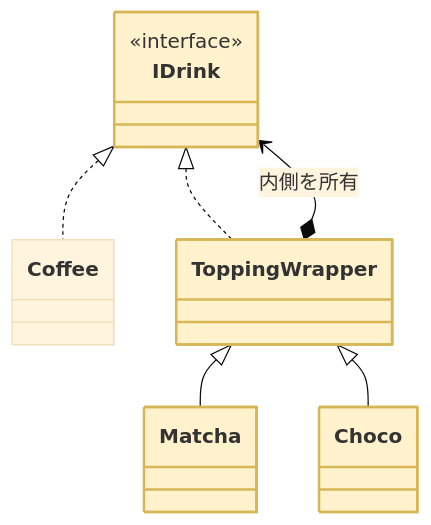
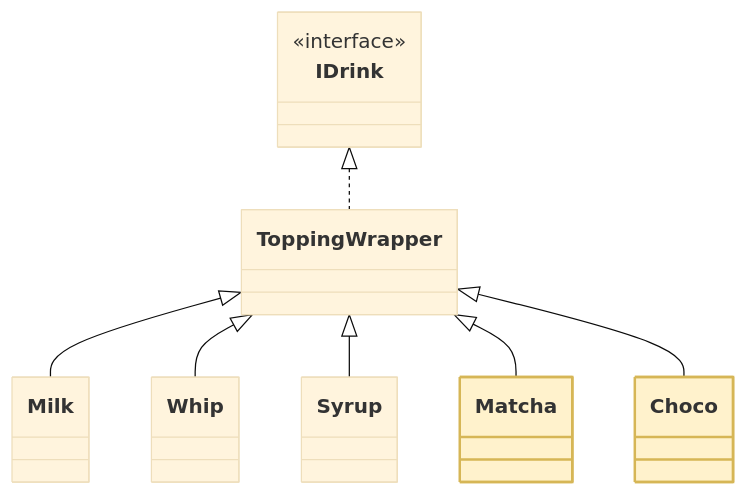
One commit to kumachan1101-pixel/DesignPattern changed diagram 11 of 18 in kindle/design-patterns/output/chapter06.md. Above: the diagram before and after it, drawn with Mermaid (base theme). The commit also changed other lines of this file and 3 other files, not shown here.

````diff
--- a/kindle/design-patterns/output/chapter06.md
+++ b/kindle/design-patterns/output/chapter06.md
@@ -1257,18 +1548,19 @@
 ```mermaid
 classDiagram
     class IDrink { <<interface>> }
-    class Coffee
     class ToppingWrapper
+    class Milk
+    class Whip
+    class Syrup
     class Matcha
     class Choco
-    IDrink <|.. Coffee
     IDrink <|.. ToppingWrapper
-    ToppingWrapper *--> IDrink : 内側を所有
+    ToppingWrapper <|-- Milk
+    ToppingWrapper <|-- Whip
+    ToppingWrapper <|-- Syrup
     ToppingWrapper <|-- Matcha
     ToppingWrapper <|-- Choco
-    class IDrink:::focus
-    class ToppingWrapper:::focus
     class Matcha:::focus
     class Choco:::focus
     classDef focus fill:#FFF2CC,stroke:#D6B656,stroke-width:2px
 ```
````
